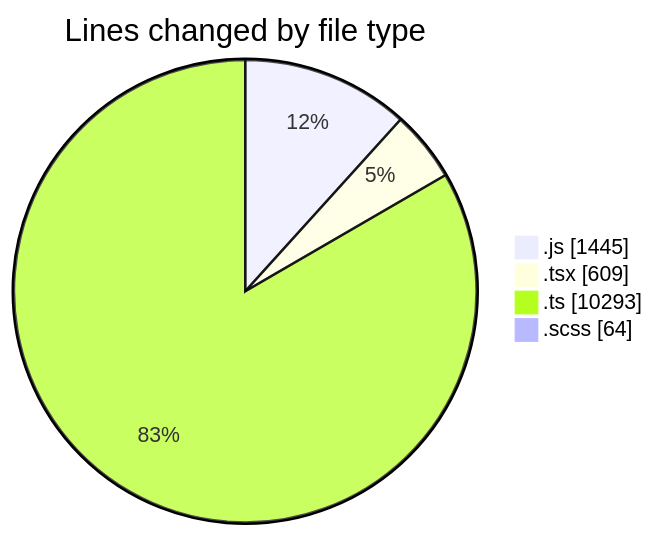
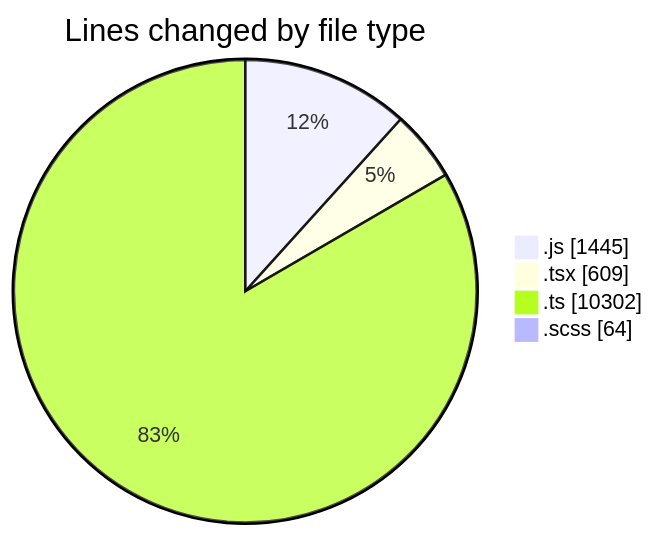
The first of 2 diagrams in 2025-03-13/cda/README.md (momahboobian/code-tracking), drawn with Mermaid before and after one commit. The commit also changed other lines of this file and 1 other file, not shown here.

````diff
--- a/2025-03-13/cda/README.md
+++ b/2025-03-13/cda/README.md
@@ -33,8 +33,8 @@
 ```mermaid
 pie showData
 title Lines changed by file type
 ".js" : 1445
 ".tsx" : 609
-".ts" : 10293
+".ts" : 10302
 ".scss" : 64
 ```
````
